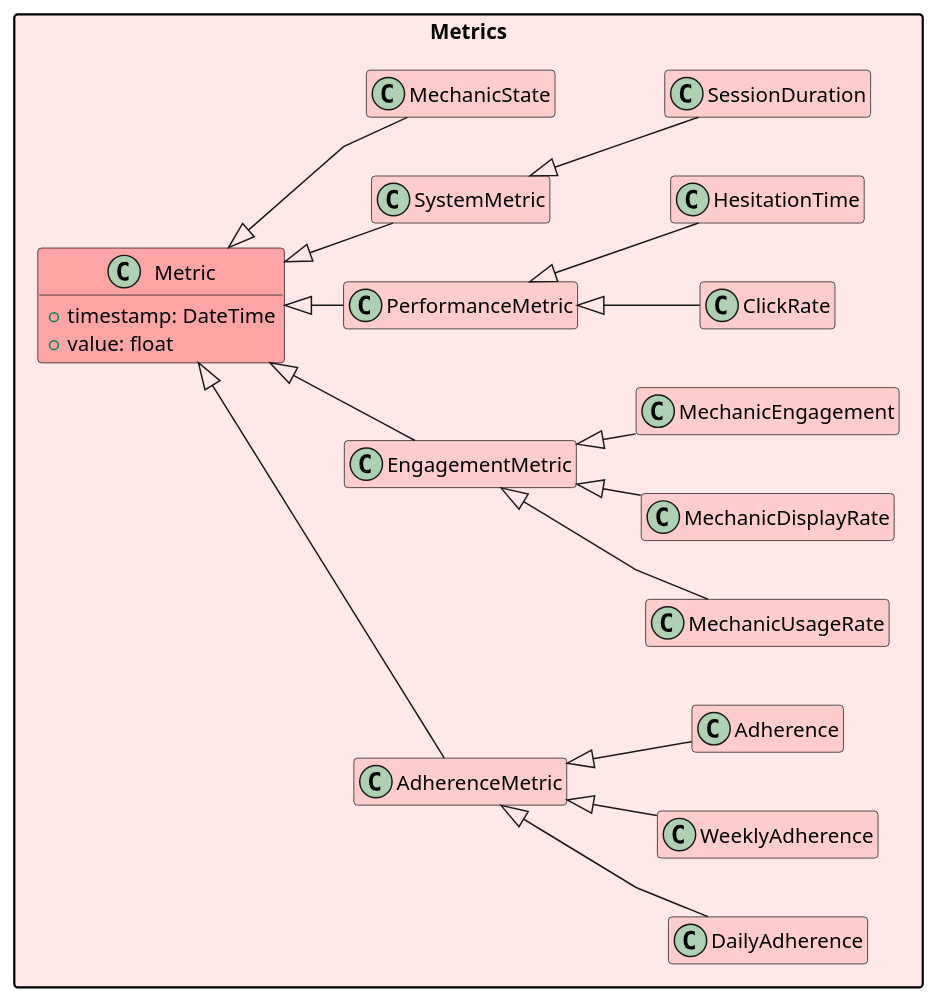
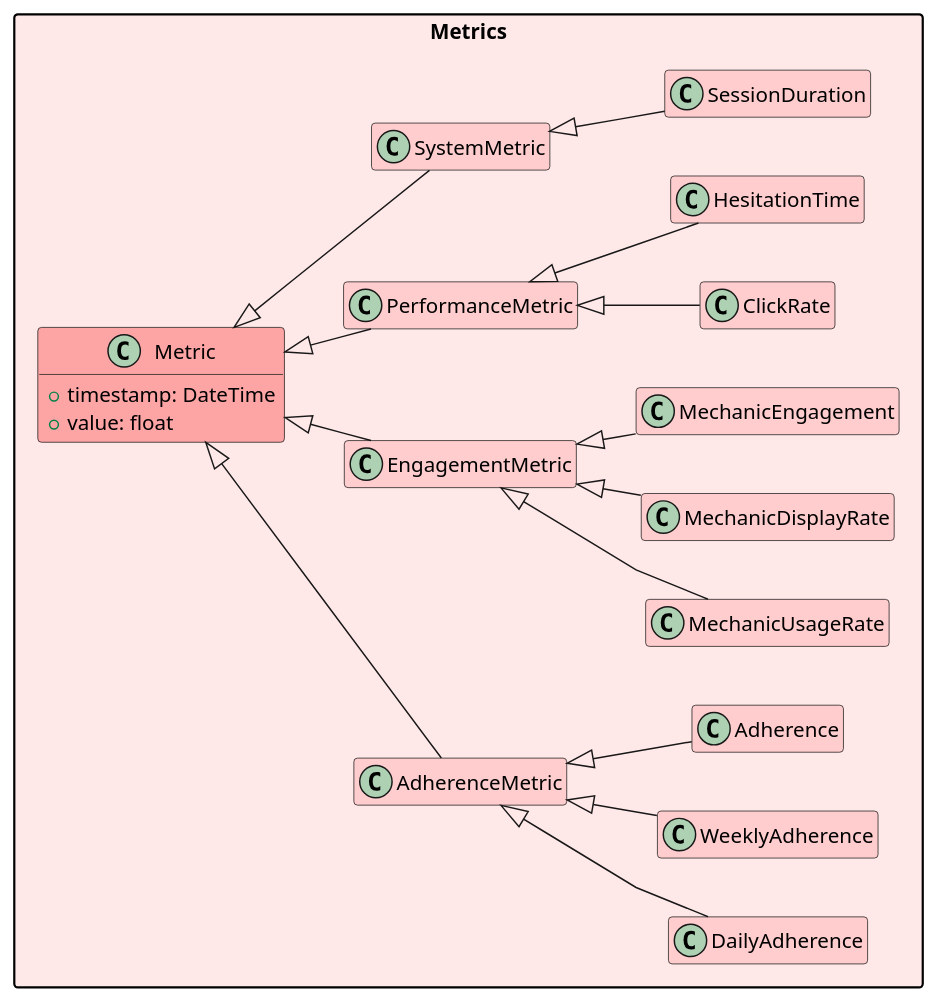
Before and after one commit to Maks-stack/ontology: the diagram in UML/metrics.puml, drawn with PlantUML. The commit also changed 7 other files, not shown here.

```diff
--- a/UML/metrics.puml
+++ b/UML/metrics.puml
@@ -1,33 +1,32 @@
 @startuml
 skinparam linetype polyline
 hide empty methods
 hide empty attributes
 hide empty members
 left to right direction
 skinparam nodesep 40
 skinparam ranksep 40
 skinparam packageStyle rectangle
 package Metrics #ffe8e8 {
   class Metric #fda5a5ff {
     +timestamp: DateTime
     +value: float
   }
   class AdherenceMetric #ffcdcdff extends Metric
   class EngagementMetric #ffcdcdff extends Metric
   class PerformanceMetric #ffcdcdff extends Metric
   class SystemMetric #ffcdcdff extends Metric
-  class MechanicState #ffcdcdff extends Metric
 
   class DailyAdherence #ffcdcdff extends AdherenceMetric
   class WeeklyAdherence #ffcdcdff extends AdherenceMetric
   class MechanicUsageRate #ffcdcdff extends EngagementMetric
   class MechanicDisplayRate #ffcdcdff extends EngagementMetric
   class MechanicEngagement #ffcdcdff extends EngagementMetric
   class SessionDuration #ffcdcdff extends SystemMetric
   class ClickRate #ffcdcdff extends PerformanceMetric
   class Adherence #ffcdcdff extends AdherenceMetric
   class HesitationTime #ffcdcdff extends PerformanceMetric
 
 }
 
 @enduml
```
